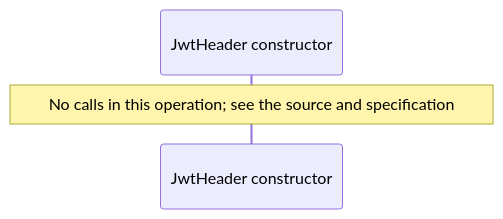
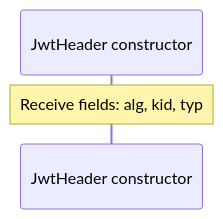
The fourth of 12 diagrams in docs/examples/oidc-login/dependencies/packages/@git/url_9ef654c66d34ab8f5527/0.0.0-git.b14a0f9aa41f1ce58bd51133bcdc424033e40d40/jose-diagrams.md (GreenPandaStudios/augscript), drawn with Mermaid before and after one commit. The commit also changed other lines of this file and 289 other files, not shown here.

Commit message:
Correct diagram control flow and complete generated wiki navigation

````diff
--- a/docs/examples/oidc-login/dependencies/packages/@git/url_9ef654c66d34ab8f5527/0.0.0-git.b14a0f9aa41f1ce58bd51133bcdc424033e40d40/jose-diagrams.md
+++ b/docs/examples/oidc-login/dependencies/packages/@git/url_9ef654c66d34ab8f5527/0.0.0-git.b14a0f9aa41f1ce58bd51133bcdc424033e40d40/jose-diagrams.md
@@ -101,6 +101,6 @@
 ```mermaid
 sequenceDiagram
     participant p0 as JwtHeader constructor
 
-    Note over p0: No calls in this operation#59; see the source and specification
+    Note over p0: Receive fields: alg, kid, typ
 ```
````
